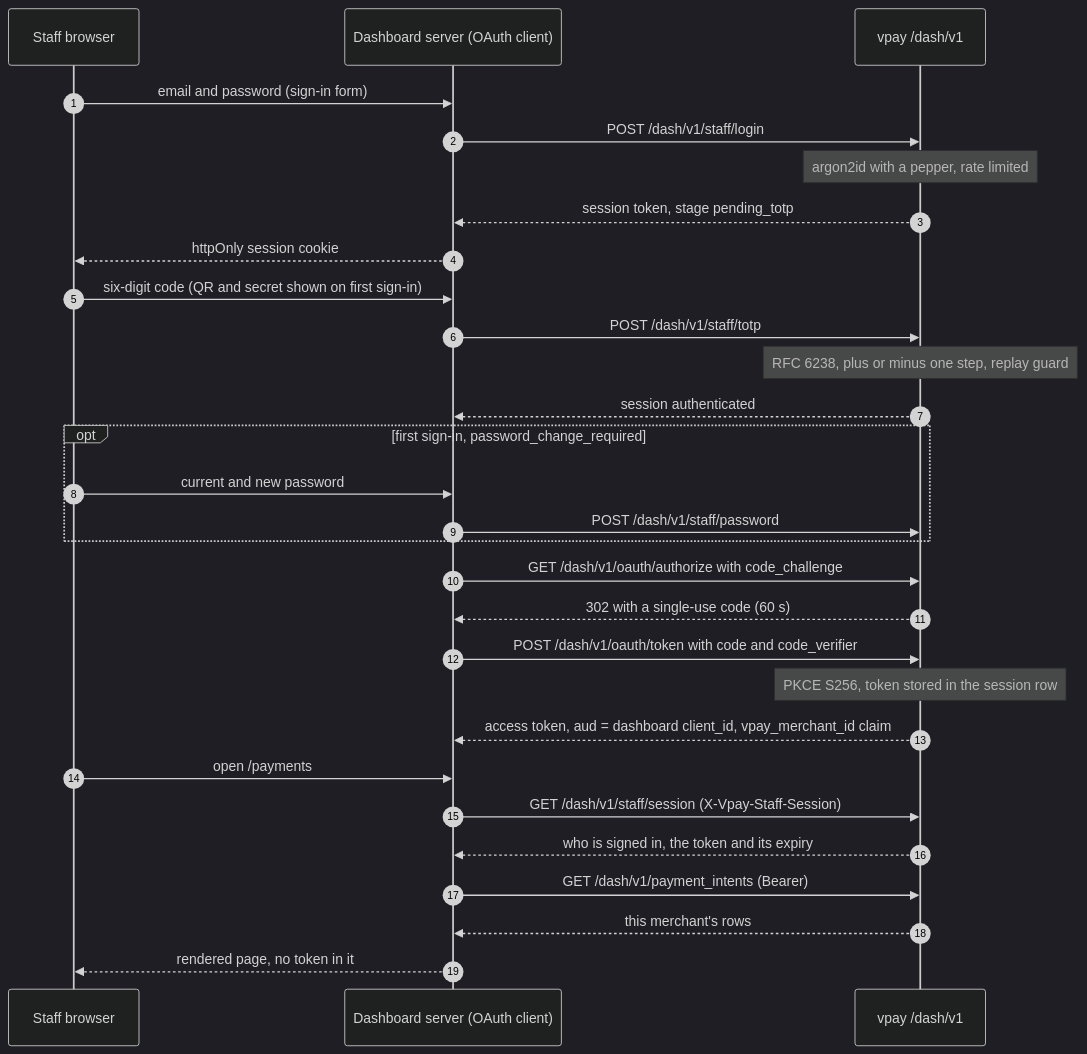
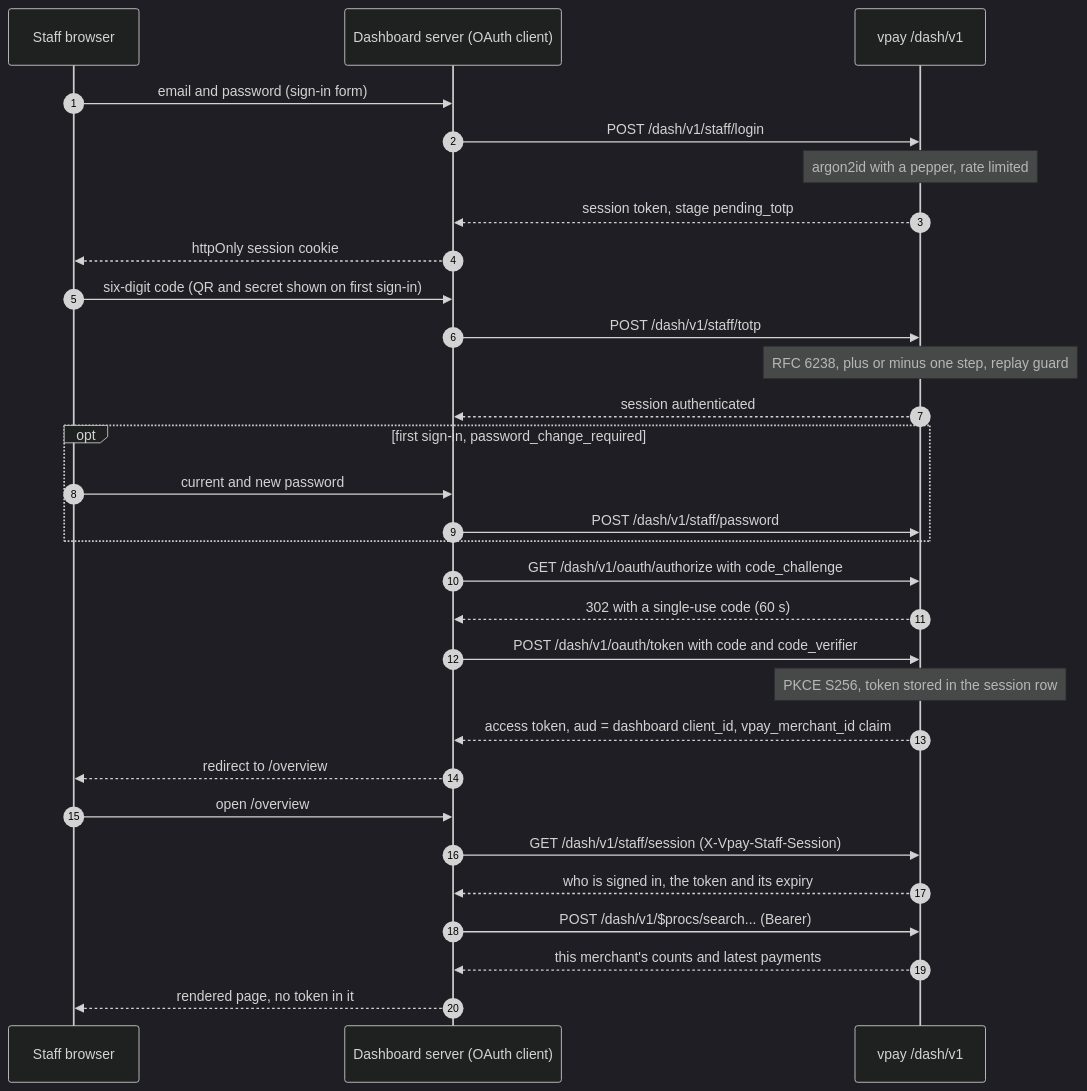
One commit to vaam-apps/vpay-docs changed the first of 4 diagrams in docs/dashboard/authentication.md. Above: the diagram before and after it, drawn with Mermaid (dark theme). The commit also changed other lines of this file and 41 other files, not shown here.

````diff
--- a/docs/dashboard/authentication.md
+++ b/docs/dashboard/authentication.md
@@ -67,31 +68,32 @@
 ```mermaid
 sequenceDiagram
     autonumber
     participant B as Staff browser
     participant D as Dashboard server (OAuth client)
     participant V as vpay /dash/v1
     B->>D: email and password (sign-in form)
     D->>V: POST /dash/v1/staff/login
     Note over V: argon2id with a pepper, rate limited
     V-->>D: session token, stage pending_totp
     D-->>B: httpOnly session cookie
     B->>D: six-digit code (QR and secret shown on first sign-in)
     D->>V: POST /dash/v1/staff/totp
     Note over V: RFC 6238, plus or minus one step, replay guard
     V-->>D: session authenticated
     opt first sign-in, password_change_required
         B->>D: current and new password
         D->>V: POST /dash/v1/staff/password
     end
     D->>V: GET /dash/v1/oauth/authorize with code_challenge
     V-->>D: 302 with a single-use code (60 s)
     D->>V: POST /dash/v1/oauth/token with code and code_verifier
     Note over V: PKCE S256, token stored in the session row
     V-->>D: access token, aud = dashboard client_id, vpay_merchant_id claim
-    B->>D: open /payments
+    D-->>B: redirect to /overview
+    B->>D: open /overview
     D->>V: GET /dash/v1/staff/session (X-Vpay-Staff-Session)
     V-->>D: who is signed in, the token and its expiry
-    D->>V: GET /dash/v1/payment_intents (Bearer)
-    V-->>D: this merchant's rows
+    D->>V: POST /dash/v1/$procs/search... (Bearer)
+    V-->>D: this merchant's counts and latest payments
     D-->>B: rendered page, no token in it
 ```
````
